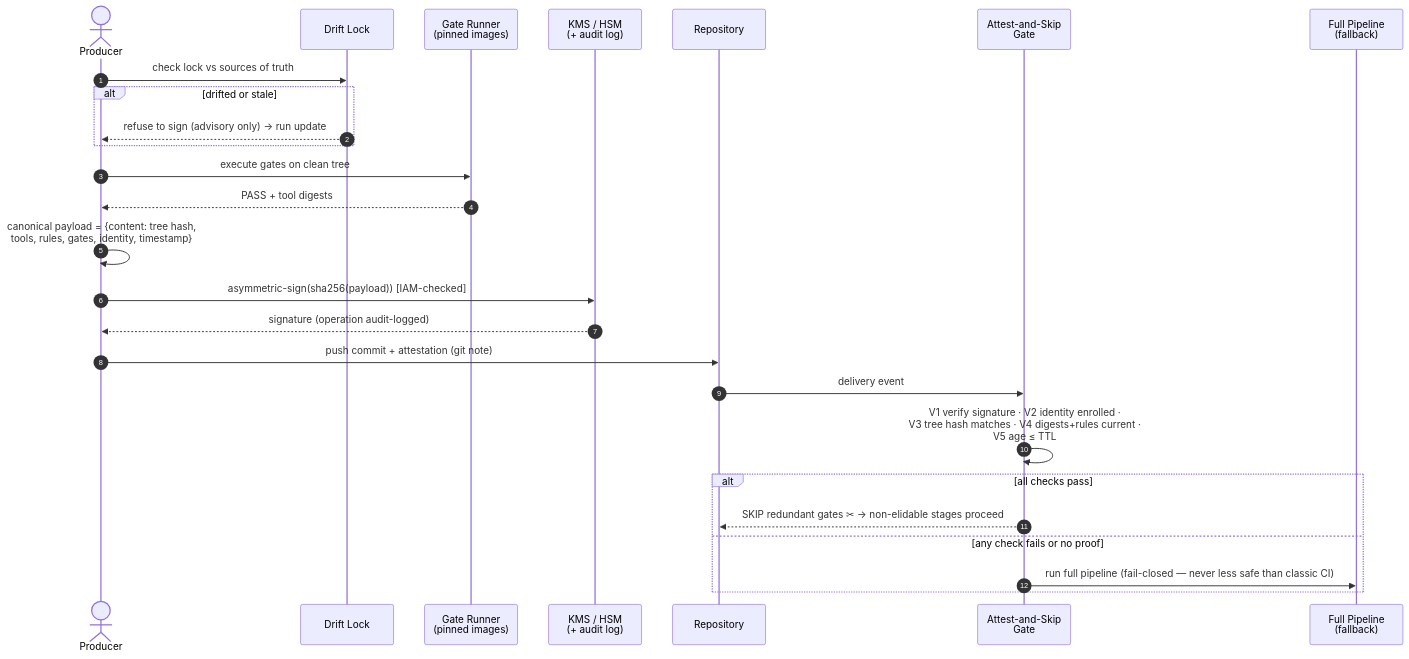
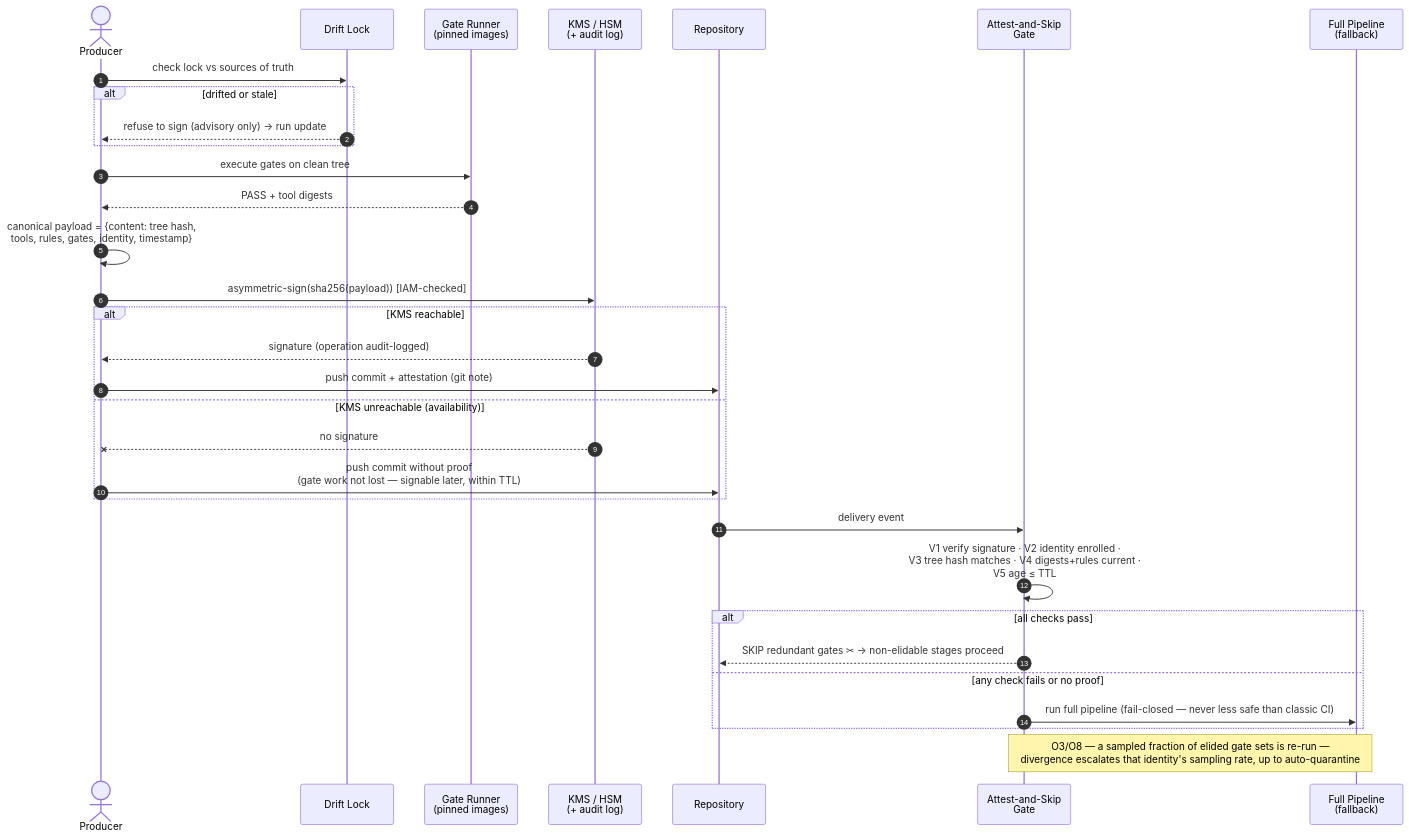
One commit to JackCid89/proof-carrying-pipelines changed the third of 3 diagrams in docs/architecture.md. Above: the diagram before and after it, drawn with Mermaid. The commit also changed other lines of this file and 16 other files, not shown here.

Commit message:
v1.2: feedback round 2 — secrets, Merkle aggregation, adaptive sampling (O8), in-toto/DSSE export (O9), lock pre-fetch (O10), ephemeral agent producers; updated diagrams + GH/GitLab reference pipelines

````diff
--- a/docs/architecture.md
+++ b/docs/architecture.md
@@ -103,29 +106,35 @@
 ```mermaid
 sequenceDiagram
     autonumber
     actor P as Producer
     participant L as Drift Lock
     participant G as Gate Runner<br/>(pinned images)
     participant K as KMS / HSM<br/>(+ audit log)
     participant R as Repository
     participant V as Attest-and-Skip<br/>Gate
     participant F as Full Pipeline<br/>(fallback)
 
     P->>L: check lock vs sources of truth
     alt drifted or stale
         L-->>P: refuse to sign (advisory only) → run update
     end
     P->>G: execute gates on clean tree
     G-->>P: PASS + tool digests
     P->>P: canonical payload = {content: tree hash,<br/>tools, rules, gates, identity, timestamp}
     P->>K: asymmetric-sign(sha256(payload)) [IAM-checked]
-    K-->>P: signature (operation audit-logged)
-    P->>R: push commit + attestation (git note)
+    alt KMS reachable
+        K-->>P: signature (operation audit-logged)
+        P->>R: push commit + attestation (git note)
+    else KMS unreachable (availability)
+        K--xP: no signature
+        P->>R: push commit without proof<br/>(gate work not lost — signable later, within TTL)
+    end
     R->>V: delivery event
     V->>V: V1 verify signature · V2 identity enrolled ·<br/>V3 tree hash matches · V4 digests+rules current ·<br/>V5 age ≤ TTL
     alt all checks pass
         V-->>R: SKIP redundant gates ✂ → non-elidable stages proceed
     else any check fails or no proof
         V->>F: run full pipeline (fail-closed — never less safe than classic CI)
     end
+    Note over V,F: O3/O8 — a sampled fraction of elided gate sets is re-run —<br/>divergence escalates that identity's sampling rate, up to auto-quarantine
 ```
````
